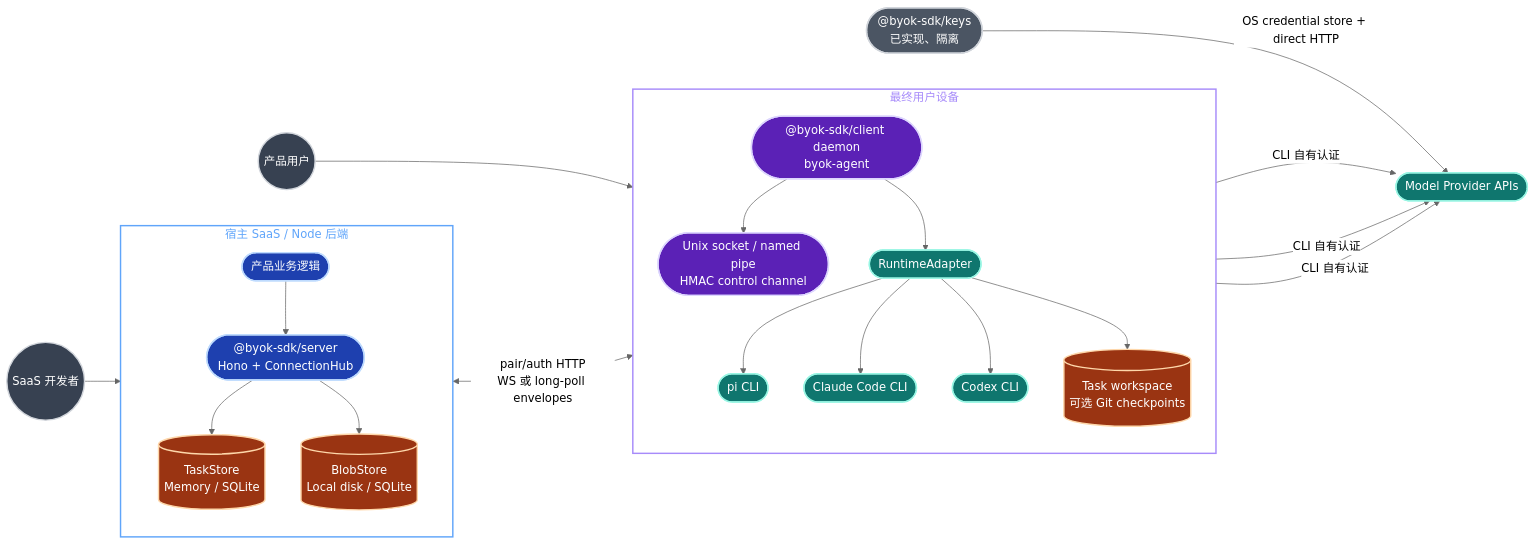
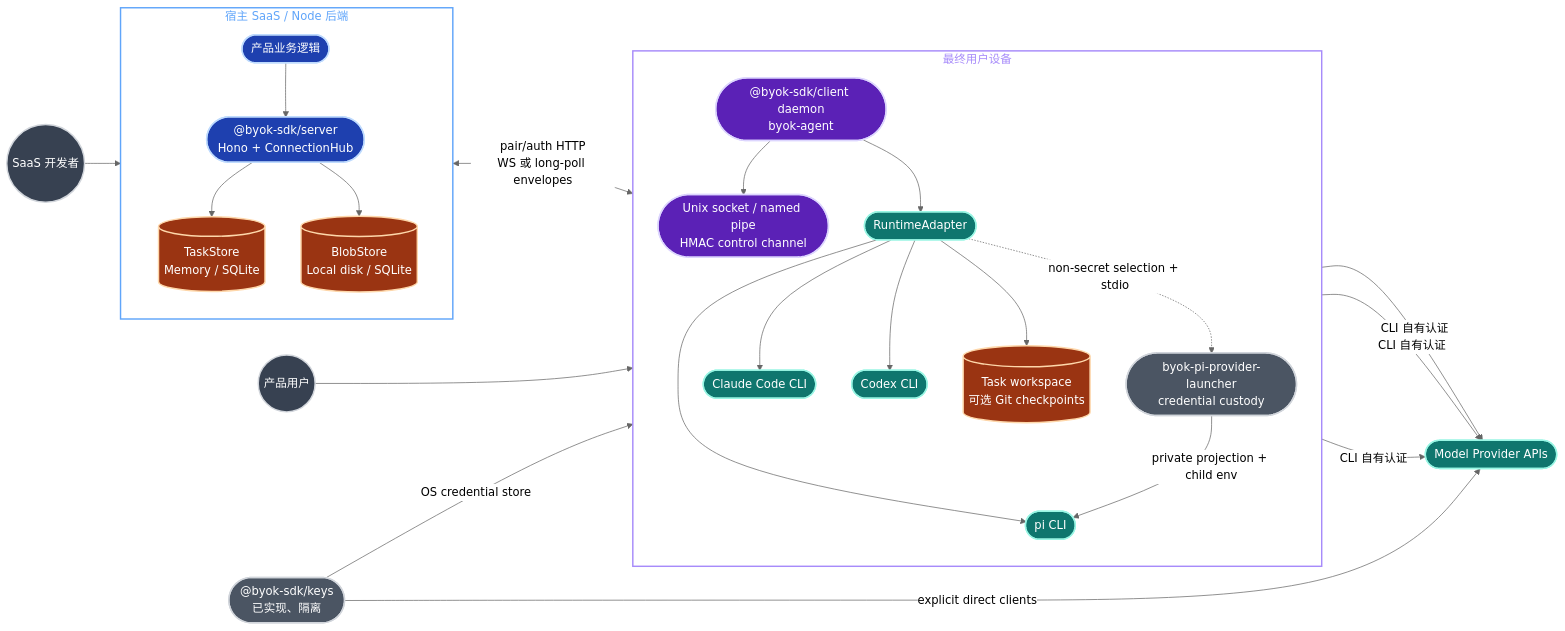
One commit to Ancienttwo/byok-sdk changed the first of 23 diagrams in docs/architecture/sdk-architecture.md. Above: the diagram before and after it, drawn with Mermaid (neutral theme). The commit also changed other lines of this file and 50 other files, not shown here.

First line of the commit message:
feat: add fail-closed LLM provider selection

````diff
--- a/docs/architecture/sdk-architecture.md
+++ b/docs/architecture/sdk-architecture.md
@@ -33,54 +33,58 @@
 ```mermaid
 flowchart LR
   classDef actor fill:#374151,stroke:#d1d5db,stroke-width:2px,color:#fff
   classDef server fill:#1e40af,stroke:#bfdbfe,stroke-width:2px,color:#fff
   classDef client fill:#5b21b6,stroke:#ddd6fe,stroke-width:2px,color:#fff
   classDef runtime fill:#0f766e,stroke:#99f6e4,stroke-width:2px,color:#fff
   classDef store fill:#9a3412,stroke:#fed7aa,stroke-width:2px,color:#fff
   classDef isolated fill:#4b5563,stroke:#d1d5db,stroke-width:2px,color:#fff
 
   Human(("产品用户")):::actor
   Dev(("SaaS 开发者")):::actor
 
   subgraph SaaS["宿主 SaaS / Node 后端"]
     direction TB
     App(["产品业务逻辑"]):::server
     Server(["@byok-sdk/server<br/>Hono + ConnectionHub"]):::server
     TaskStore[("TaskStore<br/>Memory / SQLite")]:::store
     BlobStore[("BlobStore<br/>Local disk / SQLite")]:::store
     App --> Server
     Server --> TaskStore
     Server --> BlobStore
   end
 
   subgraph Device["最终用户设备"]
     direction TB
     Agent(["@byok-sdk/client daemon<br/>byok-agent"]):::client
     IPC(["Unix socket / named pipe<br/>HMAC control channel"]):::client
     Runtime(["RuntimeAdapter"]):::runtime
     Pi(["pi CLI"]):::runtime
+    PiLauncher(["byok-pi-provider-launcher<br/>credential custody"]):::isolated
     Claude(["Claude Code CLI"]):::runtime
     Codex(["Codex CLI"]):::runtime
     Workspace[("Task workspace<br/>可选 Git checkpoints")]:::store
     Agent --> IPC
     Agent --> Runtime
     Runtime --> Pi
+    Runtime -.->|"non-secret selection + stdio"| PiLauncher
+    PiLauncher -->|"private projection + child env"| Pi
     Runtime --> Claude
     Runtime --> Codex
     Runtime --> Workspace
   end
 
   Provider(["Model Provider APIs"]):::runtime
   Keys(["@byok-sdk/keys<br/>已实现、隔离"]):::isolated
 
   Dev --> App
   Human --> Agent
   Server <-->|"pair/auth HTTP<br/>WS 或 long-poll envelopes"| Agent
   Pi -->|"CLI 自有认证"| Provider
   Claude -->|"CLI 自有认证"| Provider
   Codex -->|"CLI 自有认证"| Provider
-  Keys -->|"OS credential store + direct HTTP"| Provider
+  Keys -->|"OS credential store"| PiLauncher
+  Keys -->|"explicit direct clients"| Provider
 
   style SaaS fill:none,stroke:#60a5fa,stroke-width:2px,color:#60a5fa
   style Device fill:none,stroke:#a78bfa,stroke-width:2px,color:#a78bfa
 ```
````
